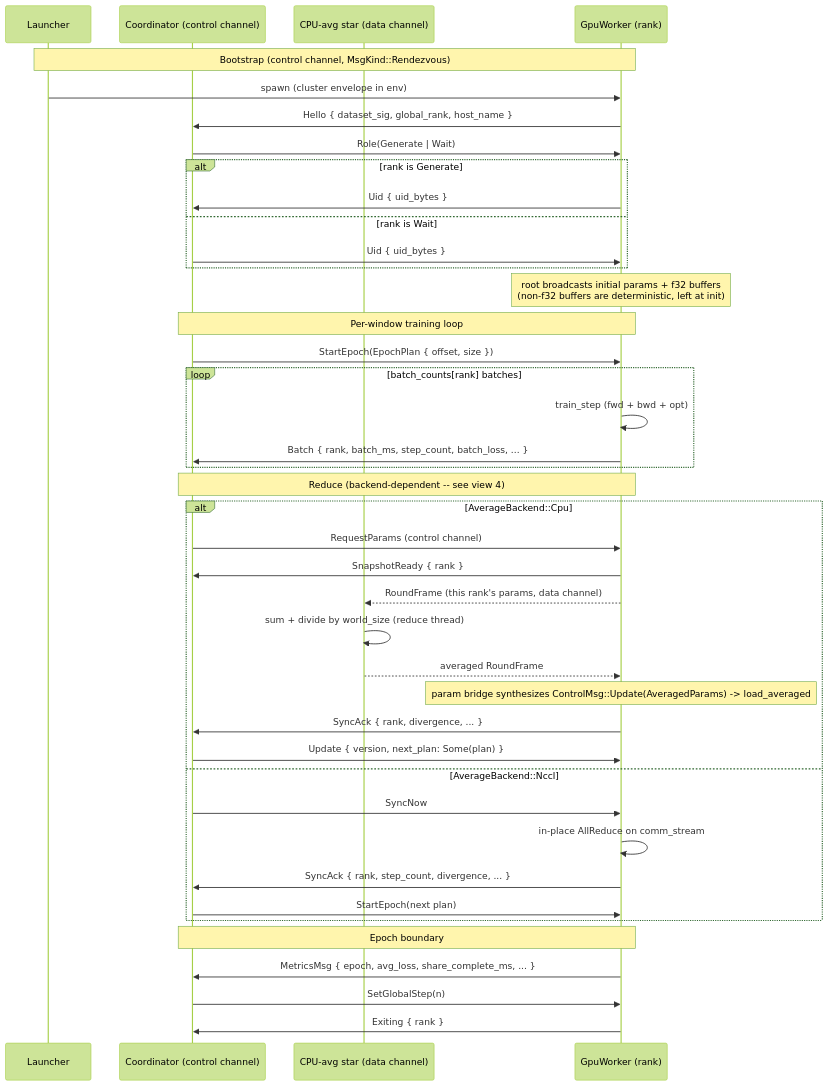
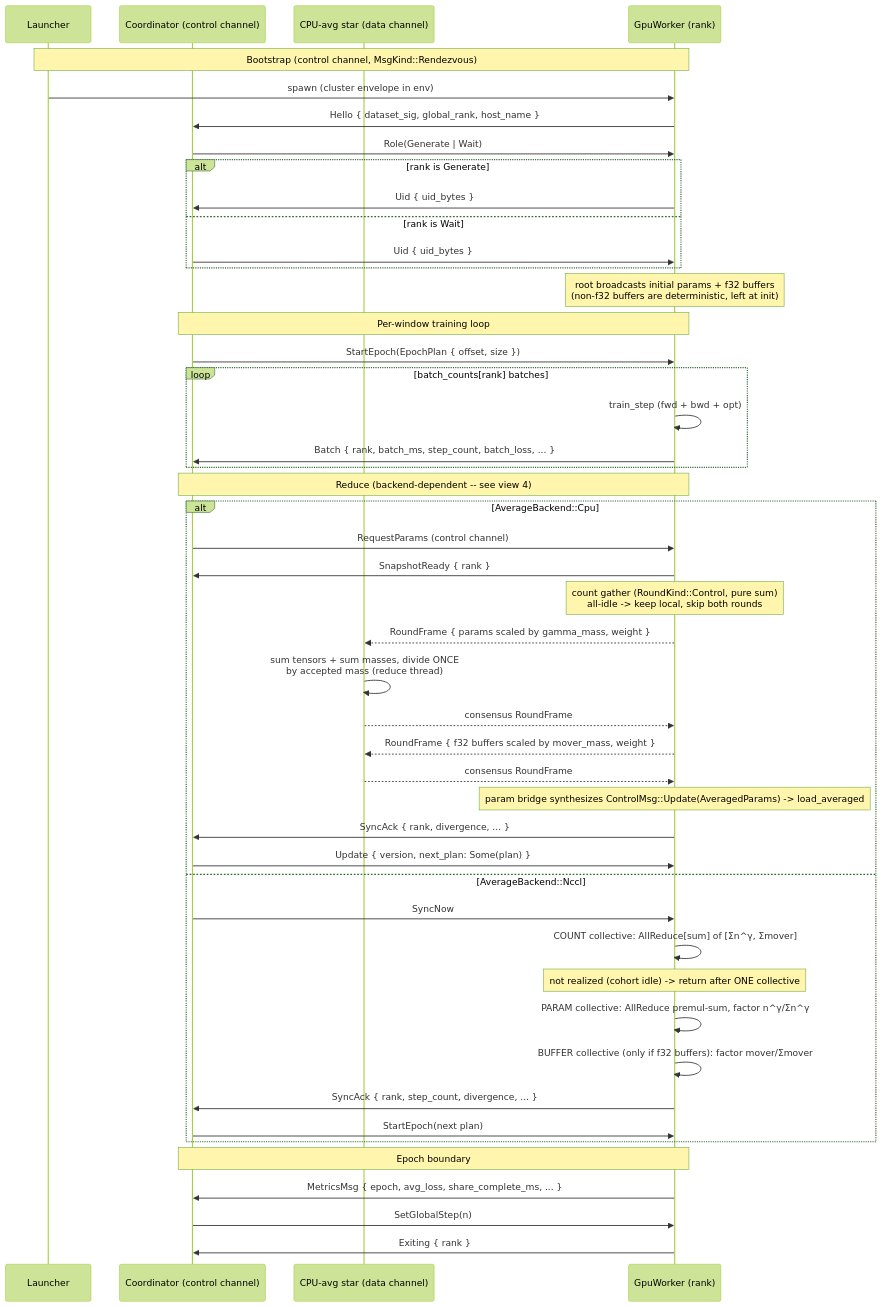
The second of 7 diagrams in docs/distributed/architecture.md (fab2s/floDl), drawn with Mermaid (forest theme) before and after one commit. The commit also changed other lines of this file and 10 other files, not shown here.

Commit message:
doc: add architecture in internals

````diff
--- a/docs/distributed/architecture.md
+++ b/docs/distributed/architecture.md
@@ -129,47 +195,53 @@
 ```mermaid
 sequenceDiagram
     participant L as Launcher
     participant C as Coordinator (control channel)
     participant D as CPU-avg star (data channel)
     participant W as GpuWorker (rank)
 
     Note over L,W: Bootstrap (control channel, MsgKind::Rendezvous)
     L->>W: spawn (cluster envelope in env)
     W->>C: Hello { dataset_sig, global_rank, host_name }
     C->>W: Role(Generate | Wait)
     alt rank is Generate
         W->>C: Uid { uid_bytes }
     else rank is Wait
         C->>W: Uid { uid_bytes }
     end
     Note over W: root broadcasts initial params + f32 buffers<br/>(non-f32 buffers are deterministic, left at init)
 
     Note over C,W: Per-window training loop
     C->>W: StartEpoch(EpochPlan { offset, size })
     loop batch_counts[rank] batches
         W->>W: train_step (fwd + bwd + opt)
         W->>C: Batch { rank, batch_ms, step_count, batch_loss, ... }
     end
 
     Note over C,W: Reduce (backend-dependent -- see view 4)
     alt AverageBackend::Cpu
         C->>W: RequestParams (control channel)
         W->>C: SnapshotReady { rank }
-        W-->>D: RoundFrame (this rank's params, data channel)
-        D->>D: sum + divide by world_size (reduce thread)
-        D-->>W: averaged RoundFrame
+        Note over W: count gather (RoundKind::Control, pure sum)<br/>all-idle -> keep local, skip both rounds
+        W-->>D: RoundFrame { params scaled by gamma_mass, weight }
+        D->>D: sum tensors + sum masses, divide ONCE<br/>by accepted mass (reduce thread)
+        D-->>W: consensus RoundFrame
+        W-->>D: RoundFrame { f32 buffers scaled by mover_mass, weight }
+        D-->>W: consensus RoundFrame
         Note over W: param bridge synthesizes ControlMsg::Update(AveragedParams) -> load_averaged
         W->>C: SyncAck { rank, divergence, ... }
         C->>W: Update { version, next_plan: Some(plan) }
     else AverageBackend::Nccl
         C->>W: SyncNow
-        W->>W: in-place AllReduce on comm_stream
+        W->>W: COUNT collective: AllReduce[sum] of [Σn^γ, Σmover]
+        Note over W: not realized (cohort idle) -> return after ONE collective
+        W->>W: PARAM collective: AllReduce premul-sum, factor n^γ/Σn^γ
+        W->>W: BUFFER collective (only if f32 buffers): factor mover/Σmover
         W->>C: SyncAck { rank, step_count, divergence, ... }
         C->>W: StartEpoch(next plan)
     end
 
     Note over C,W: Epoch boundary
     W->>C: MetricsMsg { epoch, avg_loss, share_complete_ms, ... }
     C->>W: SetGlobalStep(n)
     W->>C: Exiting { rank }
 ```
````
